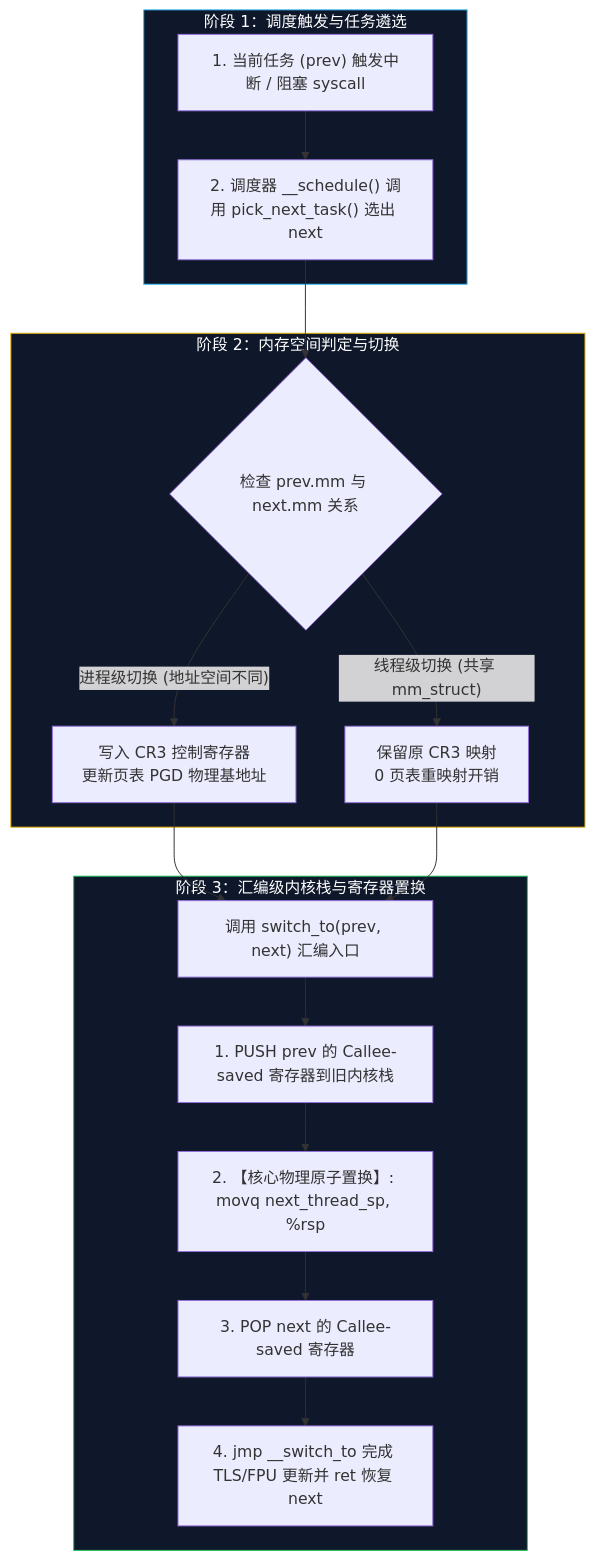
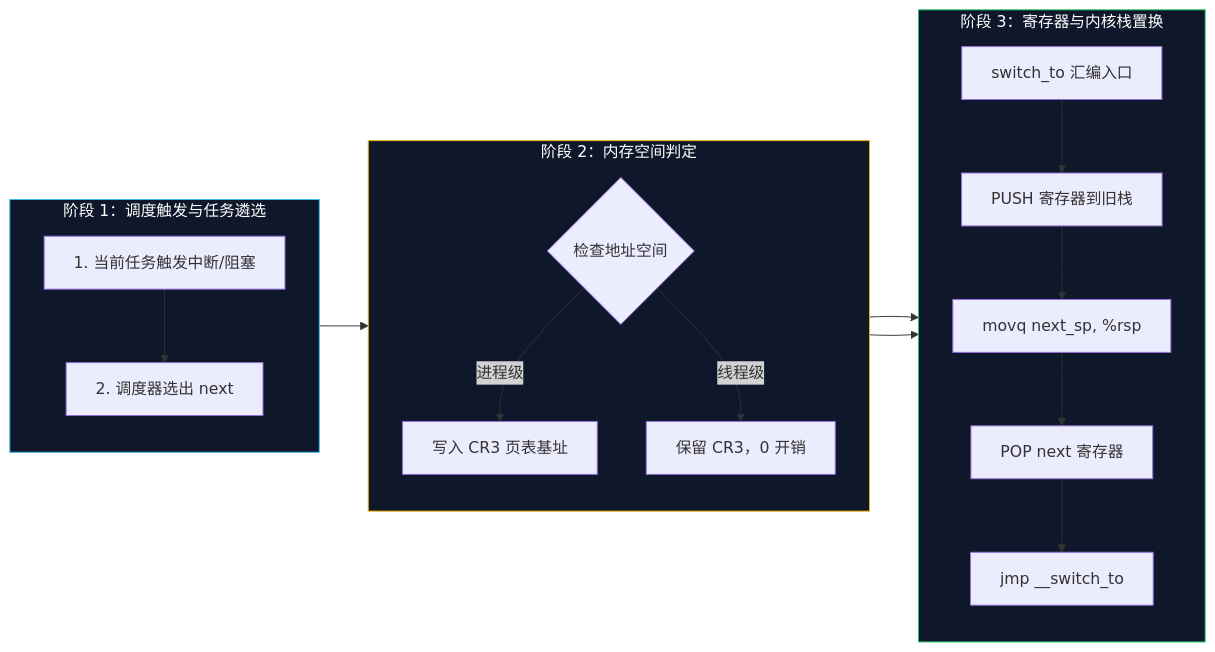
Before and after one commit to MoreConsequence/MoreConsequence.github.io: the third of 5 diagrams in content/posts/understanding-context-switching-from-cpu-to-goroutines.md, drawn with Mermaid. The commit also changed other lines of this file and 38 other files, not shown here.

First line of the commit message:
feat(blog): 新增 9 篇深度技术文章并全面扩写全部 14 篇博客，重构 Mermaid 渲染器

````diff
--- a/content/posts/understanding-context-switching-from-cpu-to-goroutines.md
+++ b/content/posts/understanding-context-switching-from-cpu-to-goroutines.md
@@ -109,25 +99,28 @@
 ```mermaid
-flowchart TB
+flowchart LR
     subgraph Step1["阶段 1：调度触发与任务遴选"]
-        A["1. 当前任务 (prev) 触发中断 / 阻塞 syscall"] --> B["2. 调度器 __schedule() 调用 pick_next_task() 选出 next"]
+        direction TB
+        A["1. 当前任务触发中断/阻塞"] --> B["2. 调度器选出 next"]
     end
 
-    subgraph Step2["阶段 2：内存空间判定与切换"]
-        B --> C{"检查 prev.mm 与 next.mm 关系"}
-        C -- "进程级切换 (地址空间不同)" --> D["写入 CR3 控制寄存器<br/>更新页表 PGD 物理基地址"]
-        C -- "线程级切换 (共享 mm_struct)" --> E["保留原 CR3 映射<br/>0 页表重映射开销"]
+    subgraph Step2["阶段 2：内存空间判定"]
+        direction TB
+        B --> C{"检查地址空间"}
+        C -- "进程级" --> D["写入 CR3 页表基址"]
+        C -- "线程级" --> E["保留 CR3，0 开销"]
     end
 
-    subgraph Step3["阶段 3：汇编级内核栈与寄存器置换"]
-        D --> F["调用 switch_to(prev, next) 汇编入口"]
+    subgraph Step3["阶段 3：寄存器与内核栈置换"]
+        direction TB
+        D --> F["switch_to 汇编入口"]
         E --> F
-        F --> G["1. PUSH prev 的 Callee-saved 寄存器到旧内核栈"]
-        G --> H["2. 【核心物理原子置换】: movq next_thread_sp, %rsp"]
-        H --> I["3. POP next 的 Callee-saved 寄存器"]
-        I --> J["4. jmp __switch_to 完成 TLS/FPU 更新并 ret 恢复 next"]
+        F --> G["PUSH 寄存器到旧栈"]
+        G --> H["movq next_sp, %rsp"]
+        H --> I["POP next 寄存器"]
+        I --> J["jmp __switch_to"]
     end
 
     style Step1 fill:#0f172a,stroke:#38bdf8,color:#fff
     style Step2 fill:#0f172a,stroke:#eab308,color:#fff
     style Step3 fill:#0f172a,stroke:#22c55e,color:#fff
 ```
````
